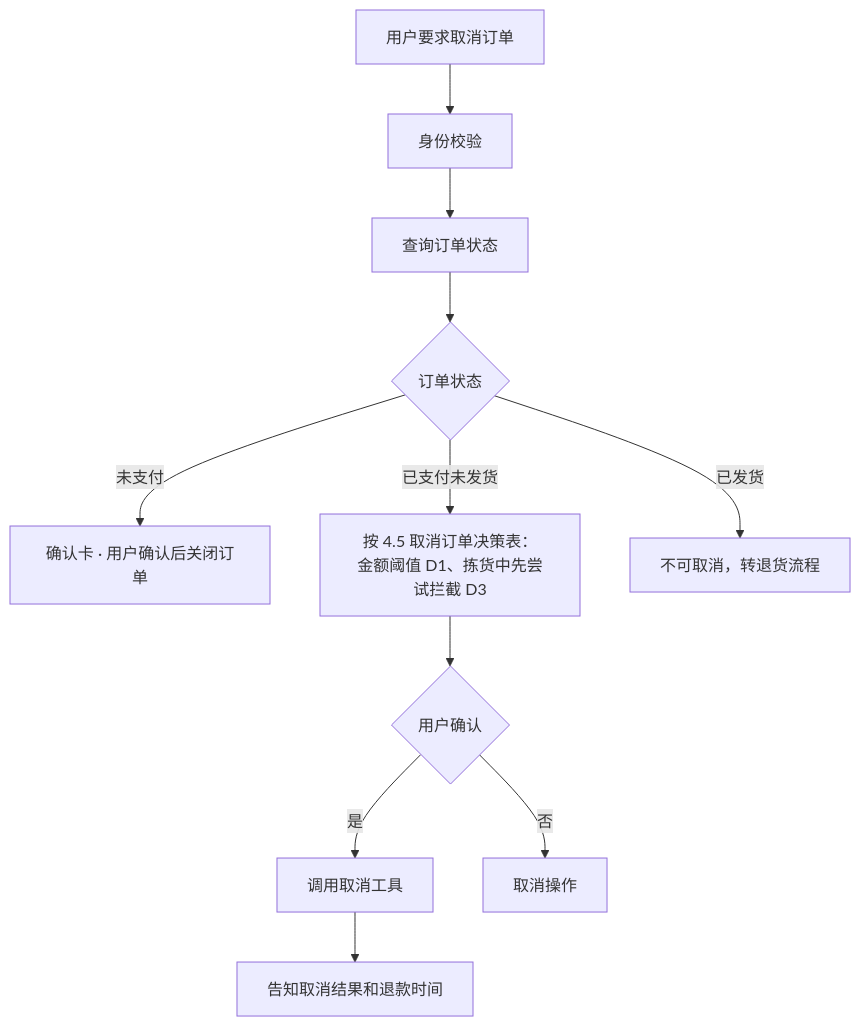
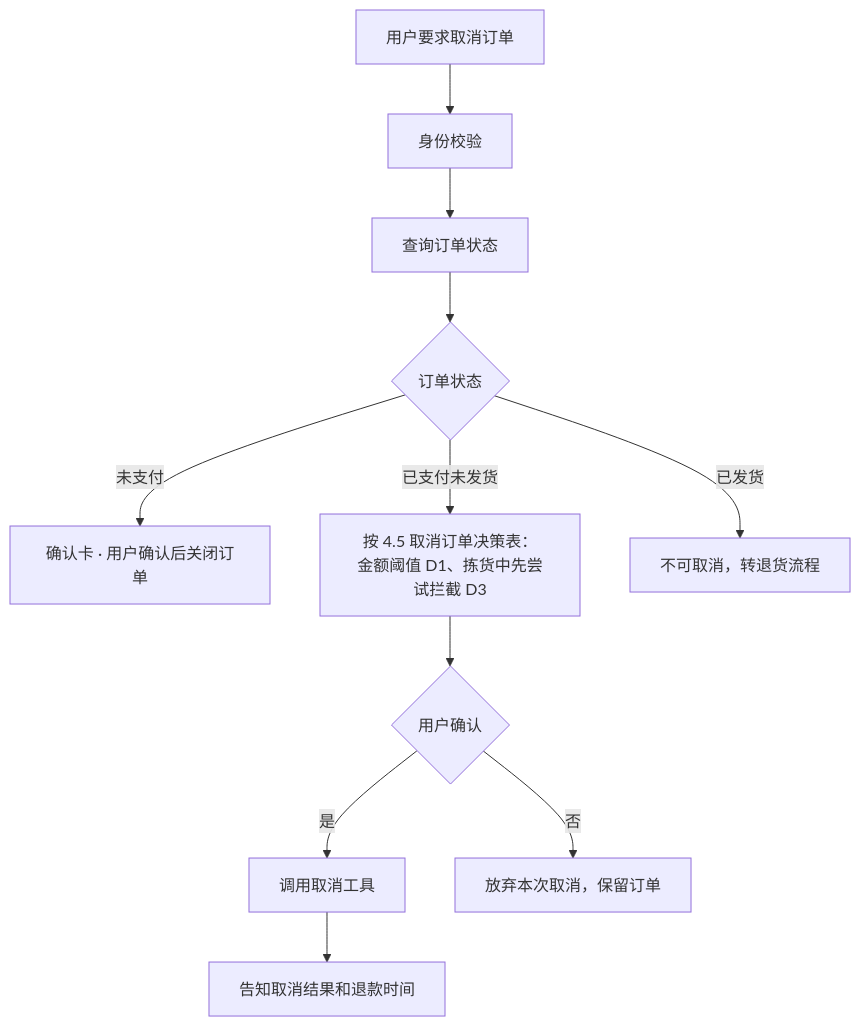
One commit to yshihao636/shopbot-demo changed the sixth of 16 diagrams in ShopBot电商智能客服 PRD.md. Above: the diagram before and after it, drawn with Mermaid. The commit also changed other lines of this file and 7 other files, not shown here.

````diff
--- a/ShopBot电商智能客服 PRD.md
+++ b/ShopBot电商智能客服 PRD.md
@@ -1252,13 +1257,13 @@
 ```mermaid
 flowchart TD
     A[用户要求取消订单] --> B[身份校验]
     B --> C[查询订单状态]
     C --> D{订单状态}
     D -- 未支付 --> E[确认卡 · 用户确认后关闭订单]
     D -- 已支付未发货 --> F[按 4.5 取消订单决策表：<br>金额阈值 D1、拣货中先尝试拦截 D3]
     F --> G{用户确认}
     G -- 是 --> H[调用取消工具]
-    G -- 否 --> I[取消操作]
+    G -- 否 --> I[放弃本次取消，保留订单]
     D -- 已发货 --> J[不可取消，转退货流程]
     H --> K[告知取消结果和退款时间]
 ```
````
